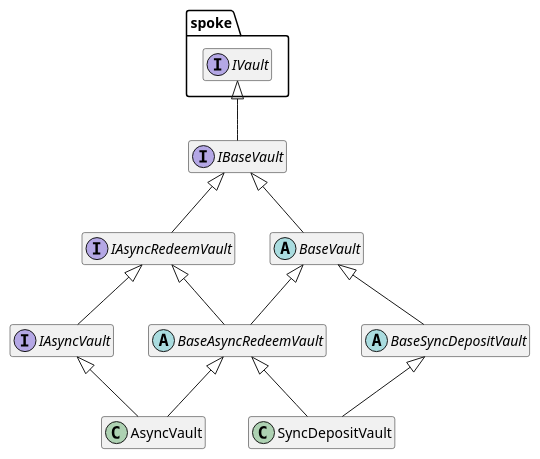
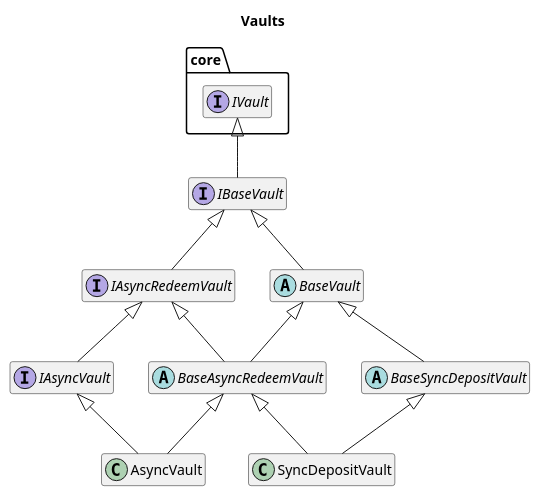
Before and after one commit to centrifuge/protocol: the diagram in docs/architecture/vaults/vaults.puml, drawn with PlantUML. The commit also changed 1 other file, not shown here.

```diff
--- a/docs/architecture/vaults/vaults.puml
+++ b/docs/architecture/vaults/vaults.puml
@@ -1,32 +1,33 @@
-@startuml
+@startuml vaults
+title Vaults
 hide empty members
 
-package spoke {
+package core {
     interface IVault
 }
 
 interface IBaseVault
 interface IAsyncRedeemVault
 interface IAsyncVault
 
 IBaseVault -up-|> IVault
 IAsyncRedeemVault -up-|> IBaseVault
 IAsyncVault -up-|> IAsyncRedeemVault
 
 abstract BaseVault
 abstract BaseAsyncRedeemVault
 abstract BaseSyncDepositVault
 class AsyncVault
 class SyncDepositVault
 
 BaseAsyncRedeemVault -up-|> BaseVault
 BaseSyncDepositVault -up-|> BaseVault
 AsyncVault -up-|> BaseAsyncRedeemVault
 SyncDepositVault -up-|> BaseAsyncRedeemVault
 SyncDepositVault -up-|> BaseSyncDepositVault
 
 BaseVault -up-|> IBaseVault
 BaseAsyncRedeemVault -up-|> IAsyncRedeemVault
 AsyncVault -up-|> IAsyncVault
 
 @enduml
```
